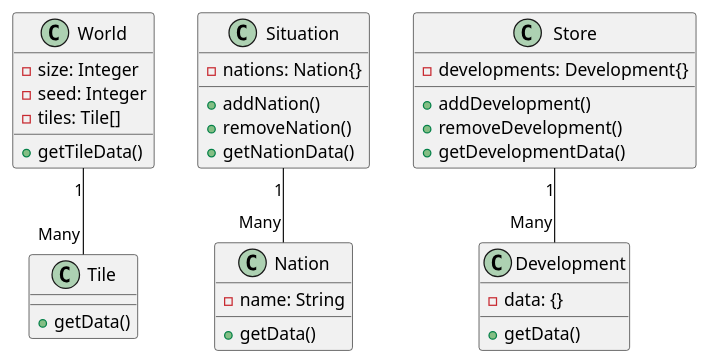
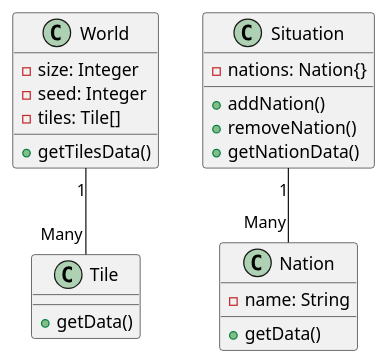
The diagram in Server/doc/main.wsd (ramon54321/Nations), drawn with PlantUML before and after one commit. The commit also changed 14 other files, not shown here.

Commit message:
(master): New SVG. Developments renderer. Simplifying server store.

```diff
--- a/Server/doc/main.wsd
+++ b/Server/doc/main.wsd
@@ -1,44 +1,30 @@
 @startuml
 
 class World {
   -size: Integer
   -seed: Integer
   -tiles: Tile[]
 
-  +getTileData()
+  +getTilesData()
 }
 World "1" -- "Many" Tile
 
 class Tile {
   +getData()
 }
 
 class Situation {
   -nations: Nation{}
 
   +addNation()
   +removeNation()
   +getNationData()
 }
 Situation "1" -- "Many" Nation
 
 class Nation {
   -name: String
   +getData()
 }
 
-class Store {
-  -developments: Development{}
-
-  +addDevelopment()
-  +removeDevelopment()
-  +getDevelopmentData()
-}
-Store "1" -- "Many" Development
-
-class Development {
-  -data: {}
-  +getData()
-}
-
 @enduml
```
